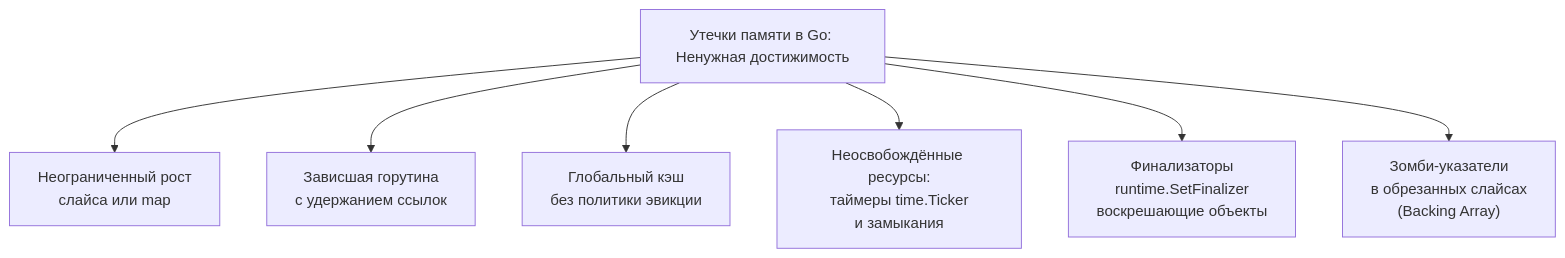
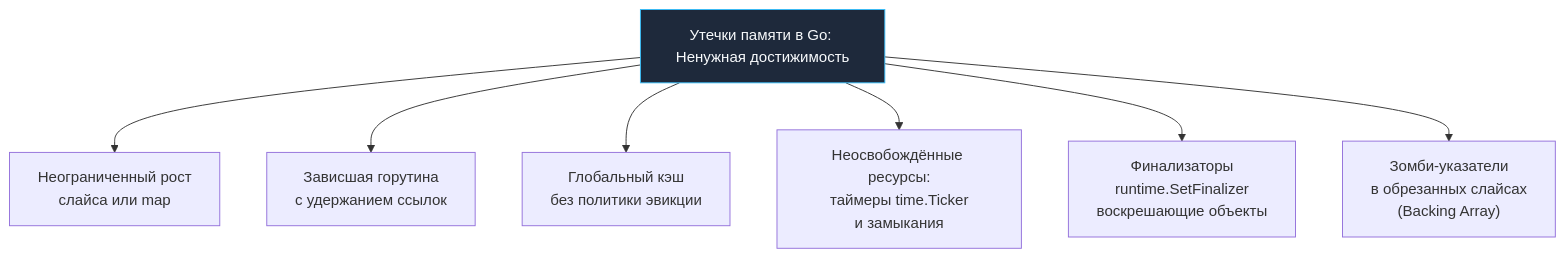
Before and after one commit to UnrealTemplier/go-textbook: the diagram in sources/16. Профилирование, отладка и производительность/04. Memory profiling/6. Утечки памяти.md, drawn with Mermaid. The commit also changed 1666 other files, not shown here.

First line of the commit message:
feat(mermaid): add semantic color classDef to 1369 colorless flowchart/graph diagrams

````diff
--- a/sources/16. Профилирование, отладка и производительность/04. Memory profiling/6. Утечки памяти.md
+++ b/sources/16. Профилирование, отладка и производительность/04. Memory profiling/6. Утечки памяти.md
@@ -27,9 +27,19 @@
 ```mermaid
 flowchart TD
-    Leak["Утечки памяти в Go: Ненужная достижимость"] --> Type1["Неограниченный рост<br>слайса или map"]
+    classDef process  fill:#1e293b,stroke:#38bdf8,stroke-width:1px,color:#f8fafc
+    classDef success  fill:#064e3b,stroke:#34d399,stroke-width:1px,color:#f8fafc
+    classDef error    fill:#7f1d1d,stroke:#f87171,stroke-width:1px,color:#f8fafc
+    classDef warning  fill:#78350f,stroke:#fbbf24,stroke-width:1px,color:#f8fafc
+    classDef entry    fill:#1e3a5f,stroke:#38bdf8,stroke-width:2px,color:#f8fafc
+    classDef aux      fill:#334155,stroke:#64748b,stroke-width:1px,color:#f8fafc
+    classDef system   fill:#312e81,stroke:#a78bfa,stroke-width:1px,color:#f8fafc
+    classDef data     fill:#132d29,stroke:#2dd4bf,stroke-width:1px,color:#f8fafc
+    classDef network  fill:#881337,stroke:#fb7185,stroke-width:1px,color:#f8fafc
+    classDef accent   fill:#1e1b4b,stroke:#818cf8,stroke-width:1px,color:#f8fafc
+    Leak["Утечки памяти в Go: Ненужная достижимость"]:::process --> Type1["Неограниченный рост<br>слайса или map"]
     Leak --> Type2["Зависшая горутина<br>с удержанием ссылок"]
     Leak --> Type3["Глобальный кэш<br>без политики эвикции"]
     Leak --> Type4["Неосвобождённые ресурсы:<br>таймеры time.Ticker<br>и замыкания"]
     Leak --> Type5["Финализаторы<br>runtime.SetFinalizer<br>воскрешающие объекты"]
     Leak --> Type6["Зомби-указатели<br>в обрезанных слайсах<br>(Backing Array)"]
 ```
````
